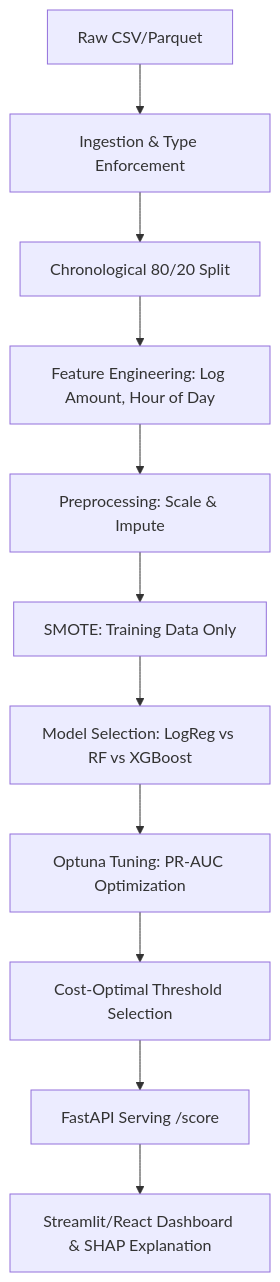
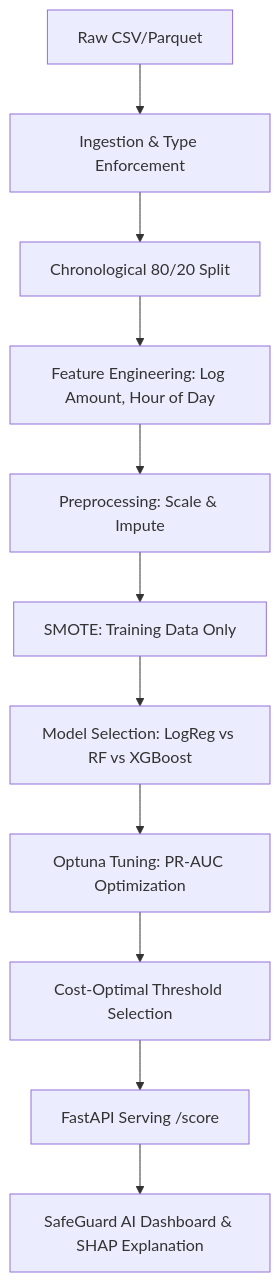
Before and after one commit to hubliayan-dotcom/Machine-Learning-Project-4-: the diagram in README.md, drawn with Mermaid. The commit also changed other lines of this file and 1 other file, not shown here.

````diff
--- a/README.md
+++ b/README.md
@@ -13,13 +25,13 @@
 ```mermaid
 graph TD
     A[Raw CSV/Parquet] --> B[Ingestion & Type Enforcement]
     B --> C[Chronological 80/20 Split]
     C --> D[Feature Engineering: Log Amount, Hour of Day]
     D --> E[Preprocessing: Scale & Impute]
     E --> F[SMOTE: Training Data Only]
     F --> G[Model Selection: LogReg vs RF vs XGBoost]
     G --> H[Optuna Tuning: PR-AUC Optimization]
     H --> I[Cost-Optimal Threshold Selection]
     I --> J[FastAPI Serving /score]
-    J --> K[Streamlit/React Dashboard & SHAP Explanation]
+    J --> K[SafeGuard AI Dashboard & SHAP Explanation]
 ```
````
